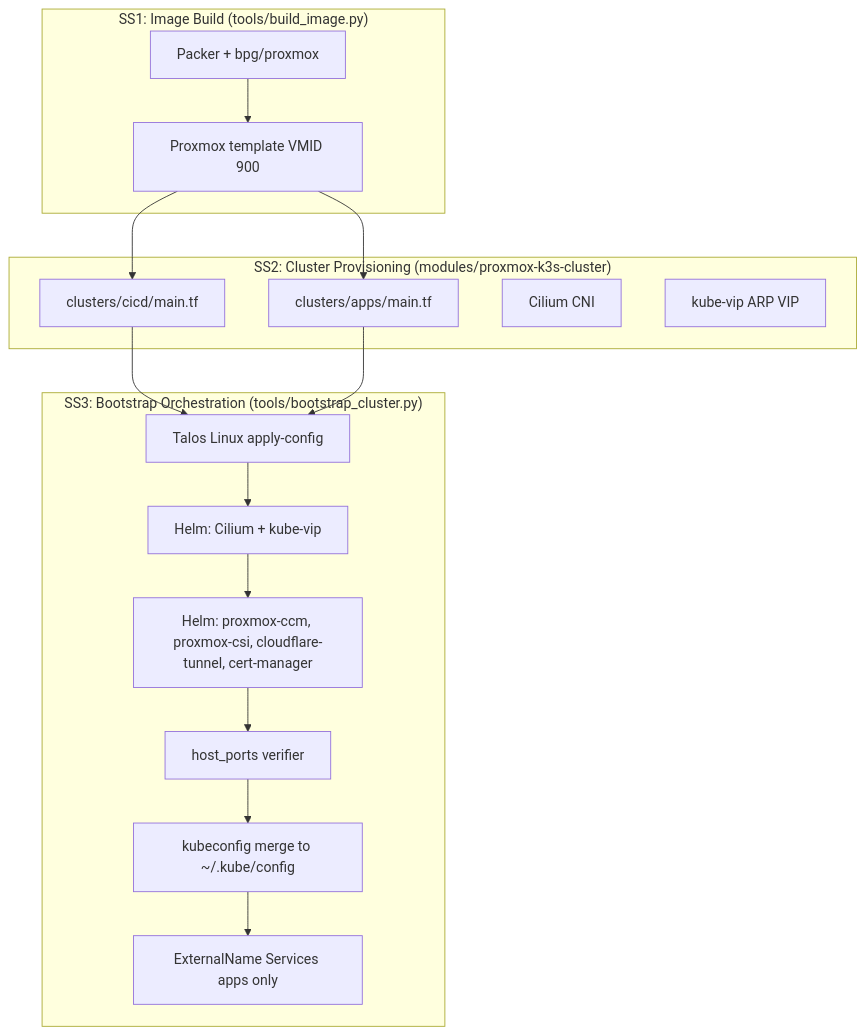
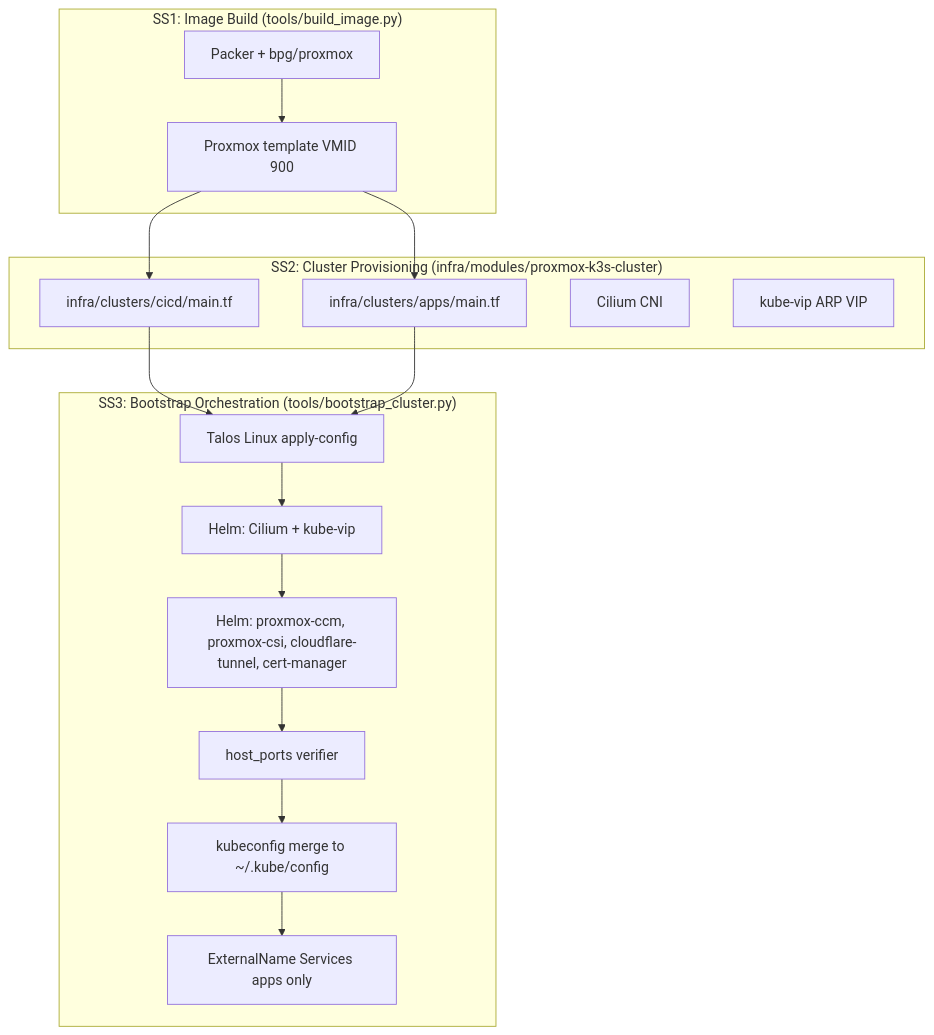
One commit to bruj0/proxmox-k8s-cicd changed the first of 2 diagrams in docs/architecture.md. Above: the diagram before and after it, drawn with Mermaid. The commit also changed other lines of this file and 47 other files, not shown here.

````diff
--- a/docs/architecture.md
+++ b/docs/architecture.md
@@ -14,34 +14,34 @@
 ```mermaid
 flowchart TB
   subgraph SS1["SS1: Image Build (tools/build_image.py)"]
     Packer[Packer + bpg/proxmox]
     Template[Proxmox template VMID 900]
   end
 
-  subgraph SS2["SS2: Cluster Provisioning (modules/proxmox-k3s-cluster)"]
-    TofuCicd[clusters/cicd/main.tf]
-    TofuApps[clusters/apps/main.tf]
+  subgraph SS2["SS2: Cluster Provisioning (infra/modules/proxmox-k3s-cluster)"]
+    TofuCicd[infra/clusters/cicd/main.tf]
+    TofuApps[infra/clusters/apps/main.tf]
     Cilium[Cilium CNI]
     KubeVip[kube-vip ARP VIP]
   end
 
   subgraph SS3["SS3: Bootstrap Orchestration (tools/bootstrap_cluster.py)"]
     Talos[Talos Linux apply-config]
     HelmFirstTwo[Helm: Cilium + kube-vip]
     HelmRemaining[Helm: proxmox-ccm, proxmox-csi, cloudflare-tunnel, cert-manager]
     HostPorts[host_ports verifier]
     Kubeconfig[kubeconfig merge to ~/.kube/config]
     ExternalName[ExternalName Services apps only]
   end
 
   Packer --> Template
   Template --> TofuCicd
   Template --> TofuApps
   TofuCicd --> Talos
   TofuApps --> Talos
   Talos --> HelmFirstTwo
   HelmFirstTwo --> HelmRemaining
   HelmRemaining --> HostPorts
   HostPorts --> Kubeconfig
   Kubeconfig --> ExternalName
 ```
````
